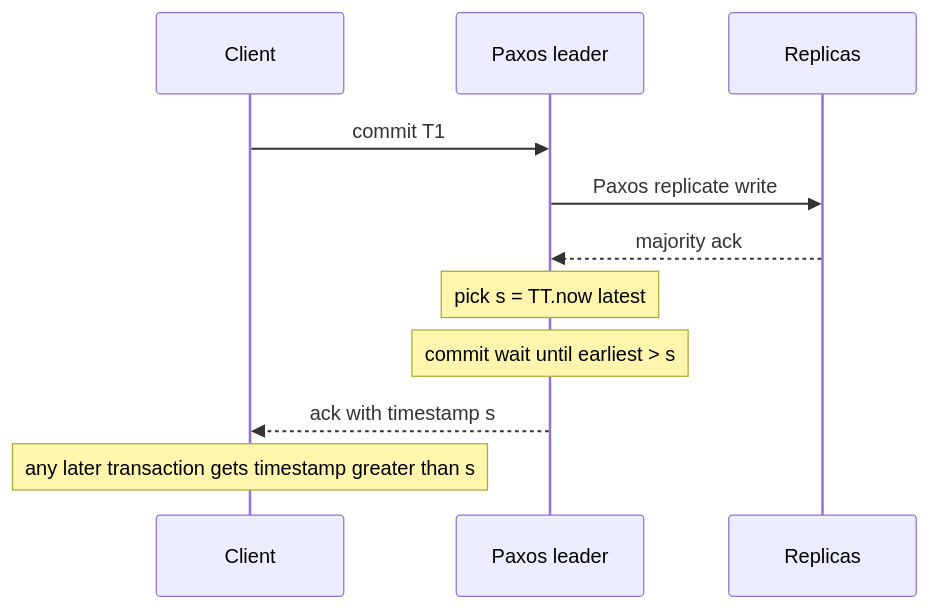
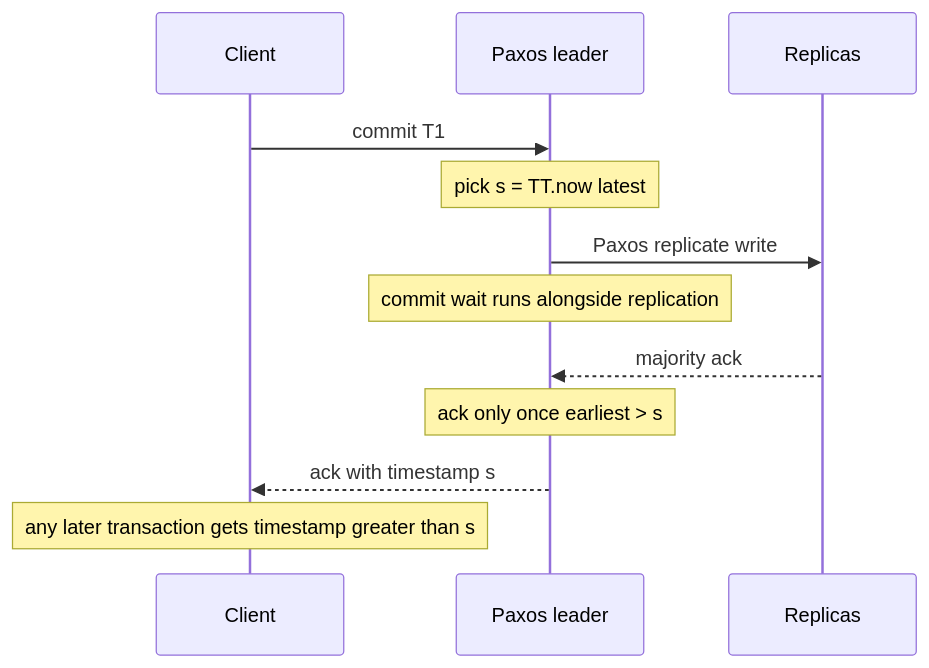
The diagram in system-design/07 NoSQL and Storage Engines/Bigtable and Spanner.md (kunal-ladh/learn-system-design), drawn with Mermaid before and after one commit. The commit also changed other lines of this file and 163 other files, not shown here.

````diff
--- a/system-design/07 NoSQL and Storage Engines/Bigtable and Spanner.md
+++ b/system-design/07 NoSQL and Storage Engines/Bigtable and Spanner.md
@@ -74,13 +74,14 @@
 ```mermaid
 sequenceDiagram
   participant C as Client
   participant L as Paxos leader
   participant R as Replicas
   C->>L: commit T1
+  Note over L: pick s = TT.now latest
   L->>R: Paxos replicate write
+  Note over L: commit wait runs alongside replication
   R-->>L: majority ack
-  Note over L: pick s = TT.now latest
-  Note over L: commit wait until earliest > s
+  Note over L: ack only once earliest > s
   L-->>C: ack with timestamp s
   Note over C: any later transaction gets timestamp greater than s
 ```
````
